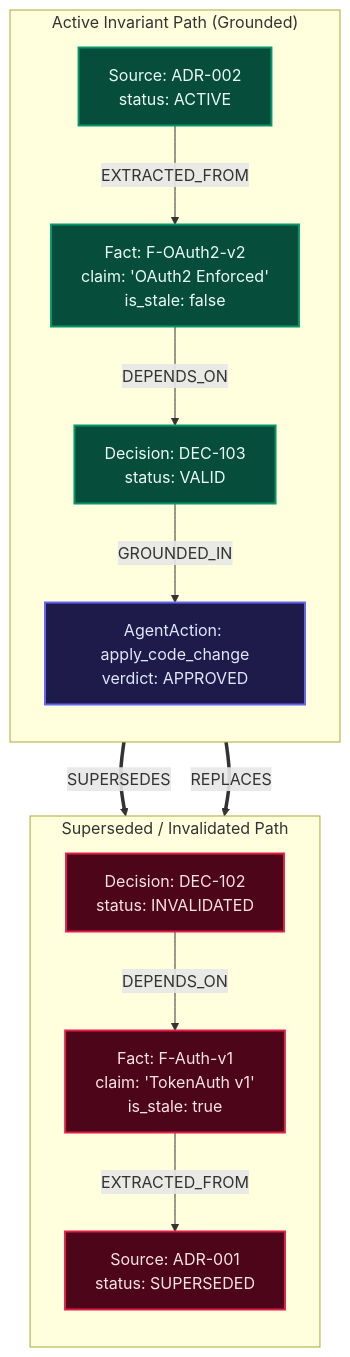
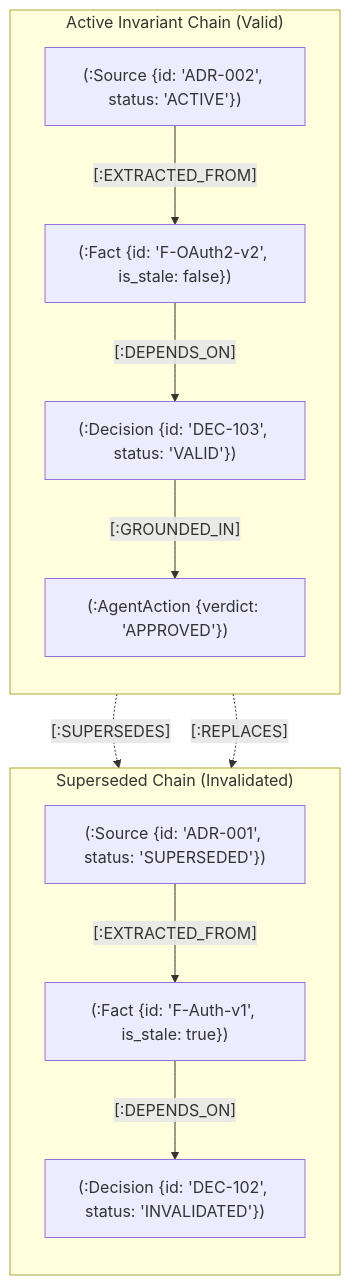
Before and after one commit to CAVDAX/CAVDAX: the first of 6 diagrams in README.md, drawn with Mermaid. The commit also changed other lines of this file, not shown here.

First line of the commit message:
docs(readme): professionalize typography, de-emojify headings, and harmonize monochromatic mermaid

````diff
--- a/README.md
+++ b/README.md
@@ -85,35 +66,27 @@
 ```mermaid
-flowchart TD
-    subgraph ActivePath ["Active Invariant Path (Grounded)"]
+graph TD
+    subgraph Active_Path["Active Invariant Chain (Valid)"]
         direction TB
-        ADR002["Source: ADR-002<br/>status: ACTIVE"]
-        FOAuth["Fact: F-OAuth2-v2<br/>claim: 'OAuth2 Enforced'<br/>is_stale: false"]
-        DEC103["Decision: DEC-103<br/>status: VALID"]
-        Action["AgentAction: apply_code_change<br/>verdict: APPROVED"]
+        S2["(:Source {id: 'ADR-002', status: 'ACTIVE'})"]
+        F2["(:Fact {id: 'F-OAuth2-v2', is_stale: false})"]
+        D2["(:Decision {id: 'DEC-103', status: 'VALID'})"]
+        A1["(:AgentAction {verdict: 'APPROVED'})"]
 
-        ADR002 -->|EXTRACTED_FROM| FOAuth
-        FOAuth -->|DEPENDS_ON| DEC103
-        DEC103 -->|GROUNDED_IN| Action
+        S2 -- "[:EXTRACTED_FROM]" --> F2
+        F2 -- "[:DEPENDS_ON]" --> D2
+        D2 -- "[:GROUNDED_IN]" --> A1
     end
 
-    subgraph StalePath ["Superseded / Invalidated Path"]
+    subgraph Stale_Path["Superseded Chain (Invalidated)"]
         direction TB
-        DEC102["Decision: DEC-102<br/>status: INVALIDATED"]
-        FAuth["Fact: F-Auth-v1<br/>claim: 'TokenAuth v1'<br/>is_stale: true"]
-        ADR001["Source: ADR-001<br/>status: SUPERSEDED"]
+        S1["(:Source {id: 'ADR-001', status: 'SUPERSEDED'})"]
+        F1["(:Fact {id: 'F-Auth-v1', is_stale: true})"]
+        D1["(:Decision {id: 'DEC-102', status: 'INVALIDATED'})"]
 
-        DEC102 -->|DEPENDS_ON| FAuth
-        FAuth -->|EXTRACTED_FROM| ADR001
+        S1 -- "[:EXTRACTED_FROM]" --> F1
+        F1 -- "[:DEPENDS_ON]" --> D1
     end
 
-    ADR002 ==>|SUPERSEDES| ADR001
-    DEC103 ==>|REPLACES| DEC102
-
-    classDef active fill:#064e3b,stroke:#059669,stroke-width:2px,color:#ecfdf5;
-    classDef stale fill:#4c0519,stroke:#e11d48,stroke-width:2px,color:#ffe4e6;
-    classDef action fill:#1e1b4b,stroke:#6366f1,stroke-width:2px,color:#e0e7ff;
-
-    class ADR002,FOAuth,DEC103 active;
-    class ADR001,FAuth,DEC102 stale;
-    class Action action;
+    S2 -. "[:SUPERSEDES]" .-> S1
+    D2 -. "[:REPLACES]" .-> D1
 ```
````
